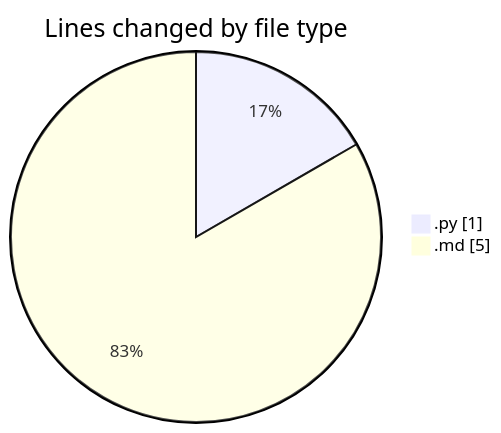
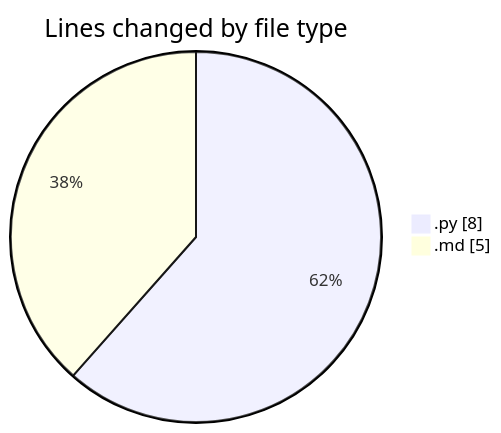
Before and after one commit to Ritupan-Deka/code-tracking: the first of 2 diagrams in 2026-01-10/dsa/README.md, drawn with Mermaid. The commit also changed other lines of this file and 1 other file, not shown here.

````diff
--- a/2026-01-10/dsa/README.md
+++ b/2026-01-10/dsa/README.md
@@ -21,6 +21,6 @@
 ```mermaid
 pie showData
 title Lines changed by file type
-".py" : 1
+".py" : 8
 ".md" : 5
 ```
````
